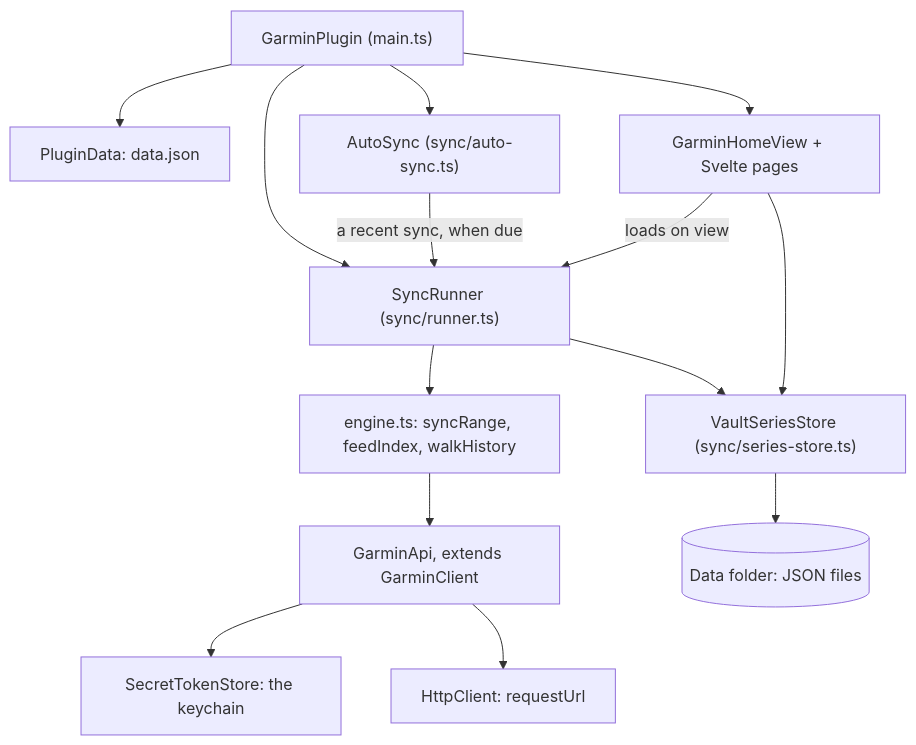
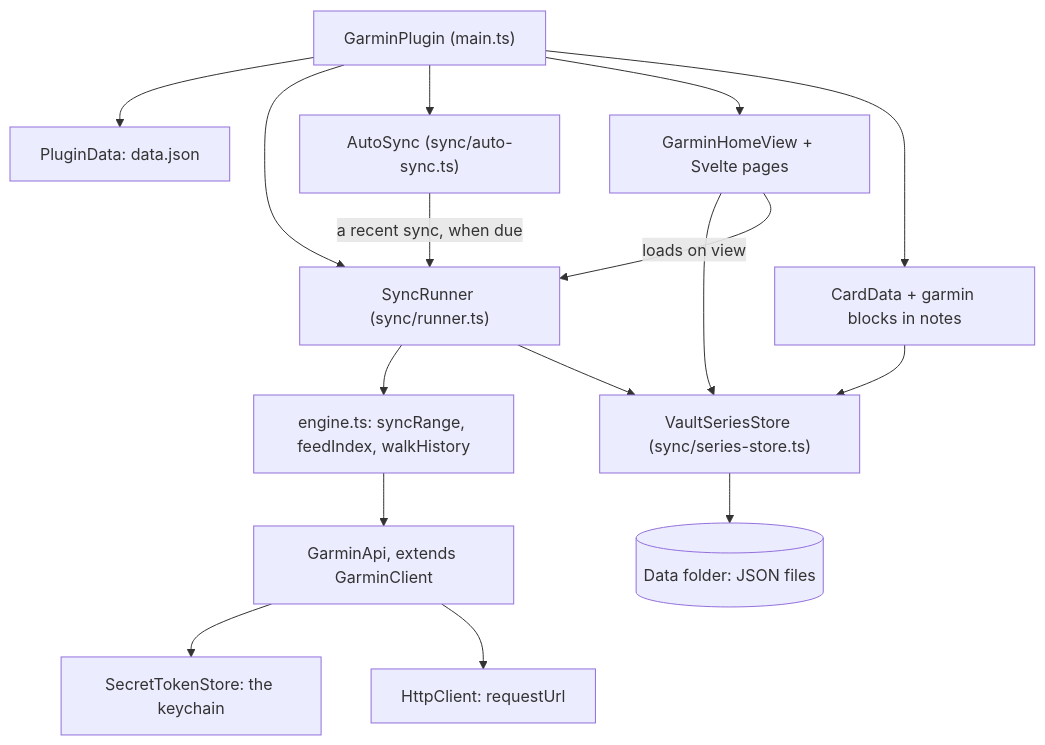
The first of 4 diagrams in docs/architecture.md (tareqayz/Obsidian-Garmin-Connect), drawn with Mermaid before and after one commit. The commit also changed other lines of this file and 99 other files, not shown here.

````diff
--- a/docs/architecture.md
+++ b/docs/architecture.md
@@ -22,16 +25,18 @@
 ```mermaid
 flowchart TB
   plugin["GarminPlugin (main.ts)"] --> data["PluginData: data.json"]
   plugin --> runner["SyncRunner (sync/runner.ts)"]
   plugin --> auto["AutoSync (sync/auto-sync.ts)"]
   auto -->|"a recent sync, when due"| runner
   plugin --> home["GarminHomeView + Svelte pages"]
+  plugin --> cards["CardData + garmin blocks in notes"]
+  cards --> store
   runner --> engine["engine.ts: syncRange, feedIndex, walkHistory"]
   runner --> store["VaultSeriesStore (sync/series-store.ts)"]
   engine --> api["GarminApi, extends GarminClient"]
   api --> tokens["SecretTokenStore: the keychain"]
   api --> http["HttpClient: requestUrl"]
   store --> folder[("Data folder: JSON files")]
   home --> store
   home -->|"loads on view"| runner
 ```
````
